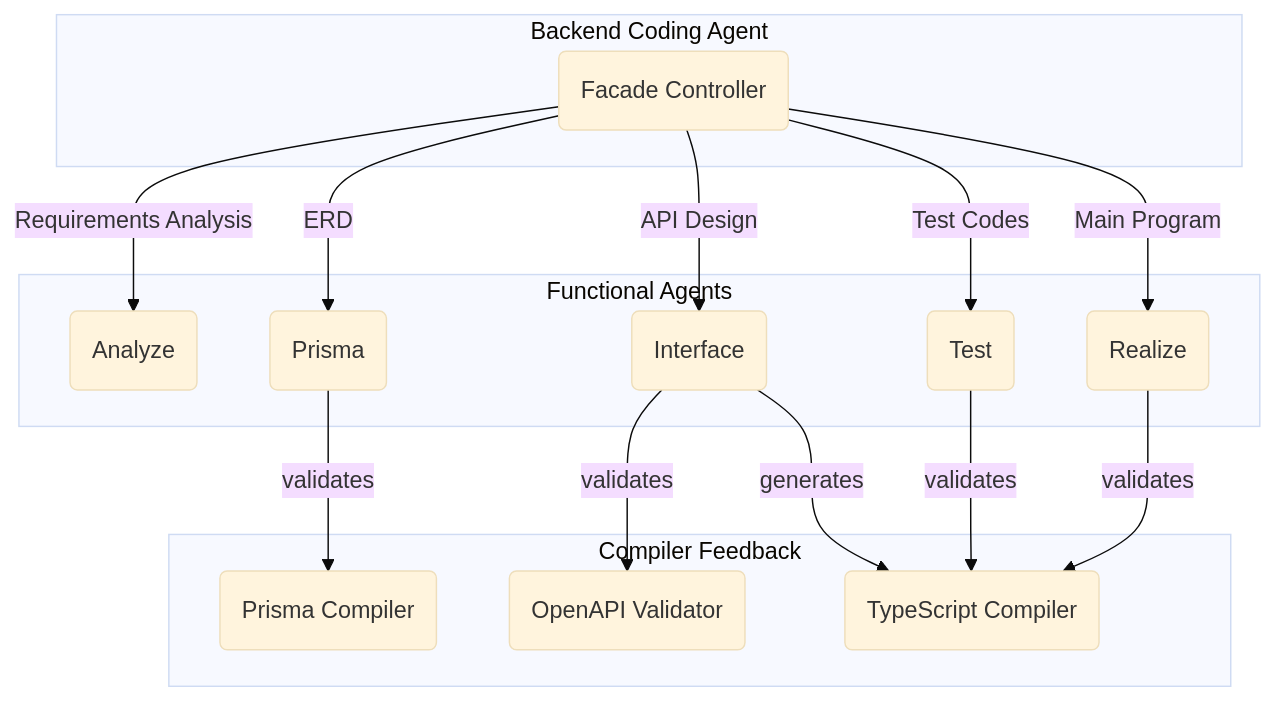
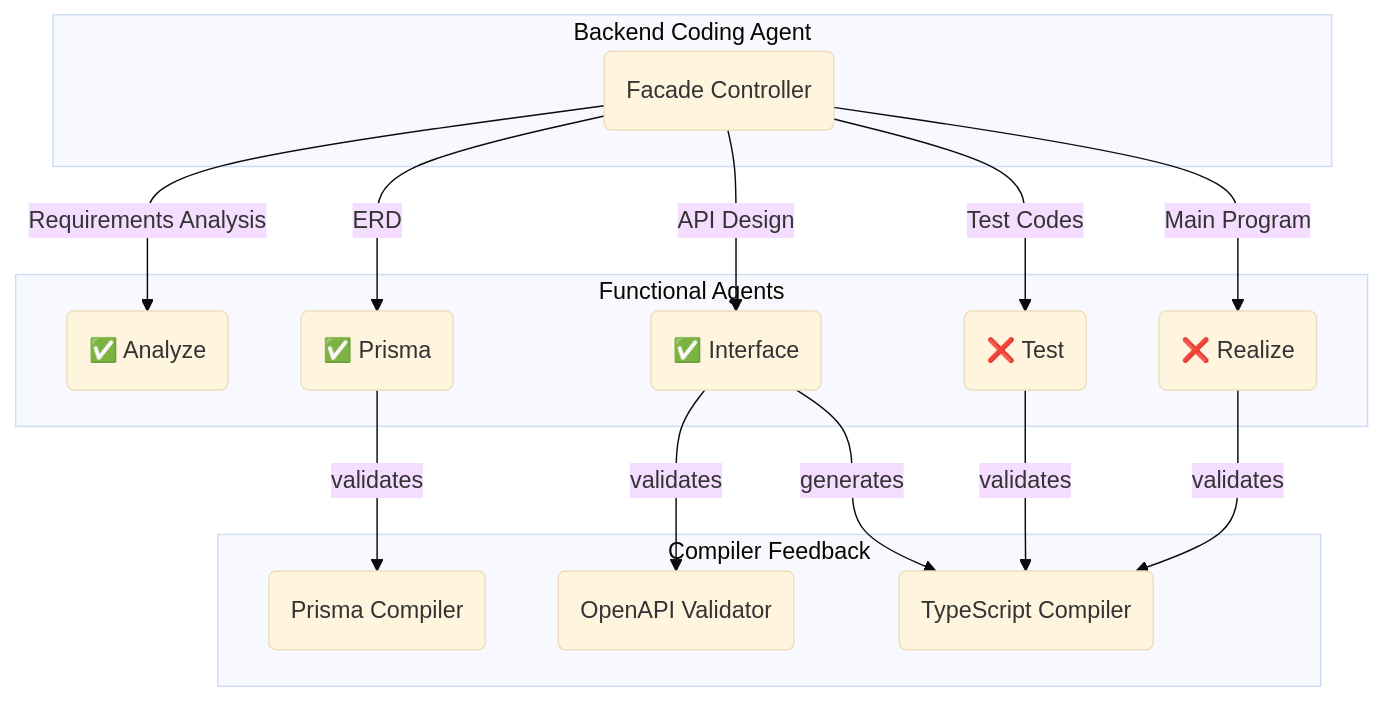
One commit to wrtnlabs/autobe-examples changed the diagram in deepseek/deepseek-v3.1-terminus-exacto/todo/README.md. Above: the diagram before and after it, drawn with Mermaid (base theme). The commit also changed other lines of this file and 557 other files, not shown here.

````diff
--- a/deepseek/deepseek-v3.1-terminus-exacto/todo/README.md
+++ b/deepseek/deepseek-v3.1-terminus-exacto/todo/README.md
@@ -14,20 +14,20 @@
 ```mermaid
 flowchart
 subgraph "Backend Coding Agent"
   coder("Facade Controller")
 end
 subgraph "Functional Agents"
-  coder --"Requirements Analysis"--> analyze("Analyze")
-  coder --"ERD"--> prisma("Prisma")
-  coder --"API Design"--> interface("Interface")
-  coder --"Test Codes" --> test("Test")
-  coder --"Main Program" --> realize("Realize")
+  coder --"Requirements Analysis"--> analyze("✅ Analyze")
+  coder --"ERD"--> prisma("✅ Prisma")
+  coder --"API Design"--> interface("✅ Interface")
+  coder --"Test Codes" --> test("❌ Test")
+  coder --"Main Program" --> realize("❌ Realize")
 end
 subgraph "Compiler Feedback"
   prisma --"validates" --> prismaCompiler("Prisma Compiler")
   interface --"validates" --> openapiValidator("OpenAPI Validator")
   interface --"generates" --> tsCompiler("TypeScript Compiler")
   test --"validates" --> tsCompiler("TypeScript Compiler")
   realize --"validates" --> tsCompiler("TypeScript Compiler")
 end
 ```
````
